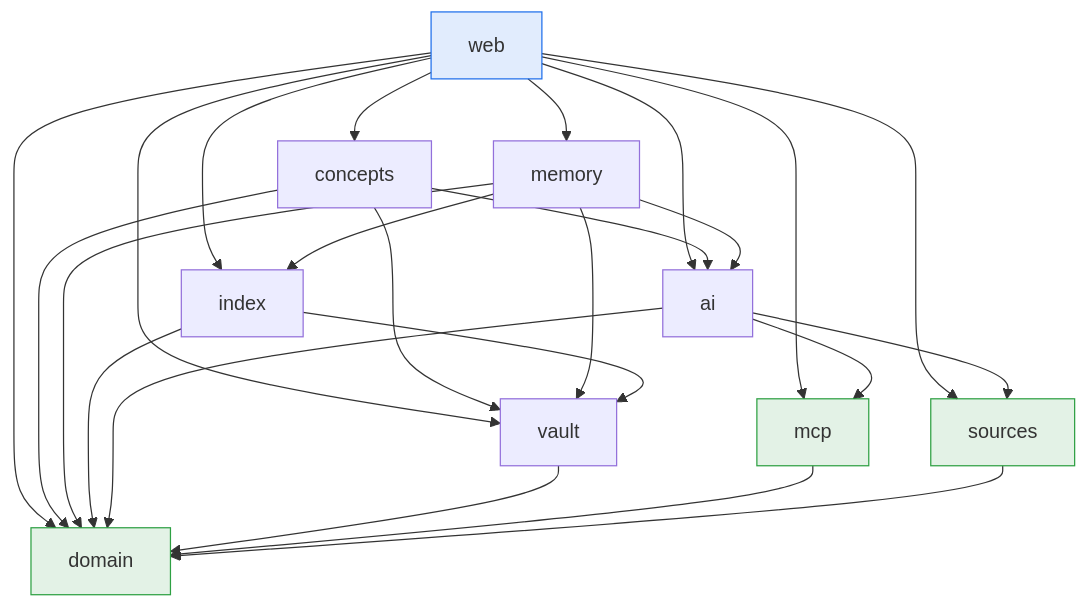
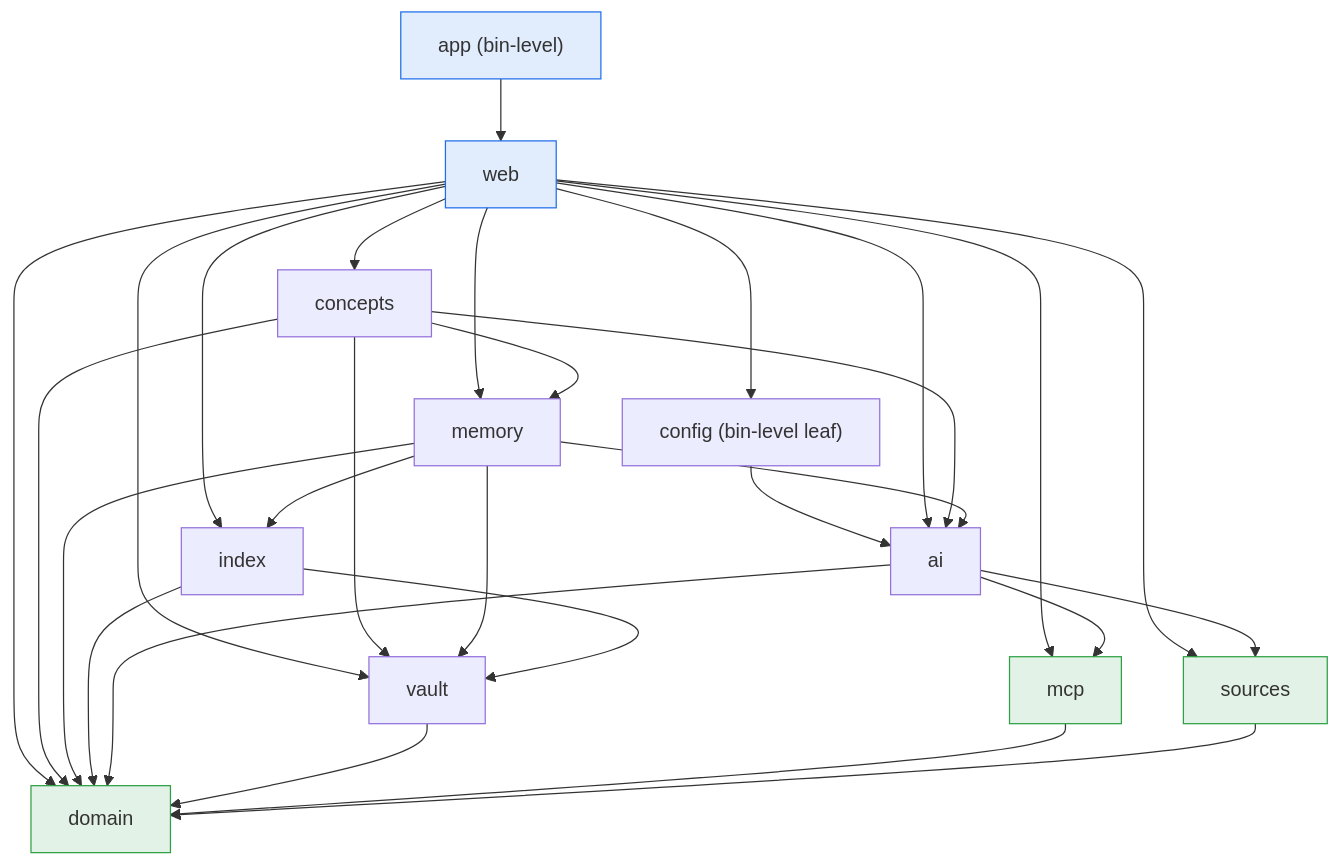
One commit to jasdian/idea-vault changed the second of 2 diagrams in docs/02-module-reference.md. Above: the diagram before and after it, drawn with Mermaid. The commit also changed other lines of this file and 3 other files, not shown here.

````diff
--- a/docs/02-module-reference.md
+++ b/docs/02-module-reference.md
@@ -98,47 +106,54 @@
 ```mermaid
 flowchart TD
     web["web"]
     concepts["concepts"]
     memory["memory"]
     index["index"]
     ai["ai"]
     vault["vault"]
     domain["domain"]
     mcp["mcp"]
     sources["sources"]
+    config["config (bin-level leaf)"]
+    app["app (bin-level)"]
 
+    app --> web
+    web --> config
+    config --> ai
     web --> concepts
     web --> memory
     web --> index
     web --> ai
     web --> vault
     web --> domain
     web --> mcp
     web --> sources
 
     concepts --> ai
     concepts --> vault
     concepts --> domain
+    concepts --> memory
 
     memory --> ai
     memory --> vault
     memory --> index
     memory --> domain
 
     index --> vault
     index --> domain
 
     ai --> domain
     ai --> mcp
     ai --> sources
     vault --> domain
     mcp --> domain
     sources --> domain
 
     classDef top fill:#1f6feb22,stroke:#1f6feb;
     classDef base fill:#2ea04322,stroke:#2ea043;
     class web top;
+    class app top;
     class domain base;
     class mcp base;
     class sources base;
 ```
````
